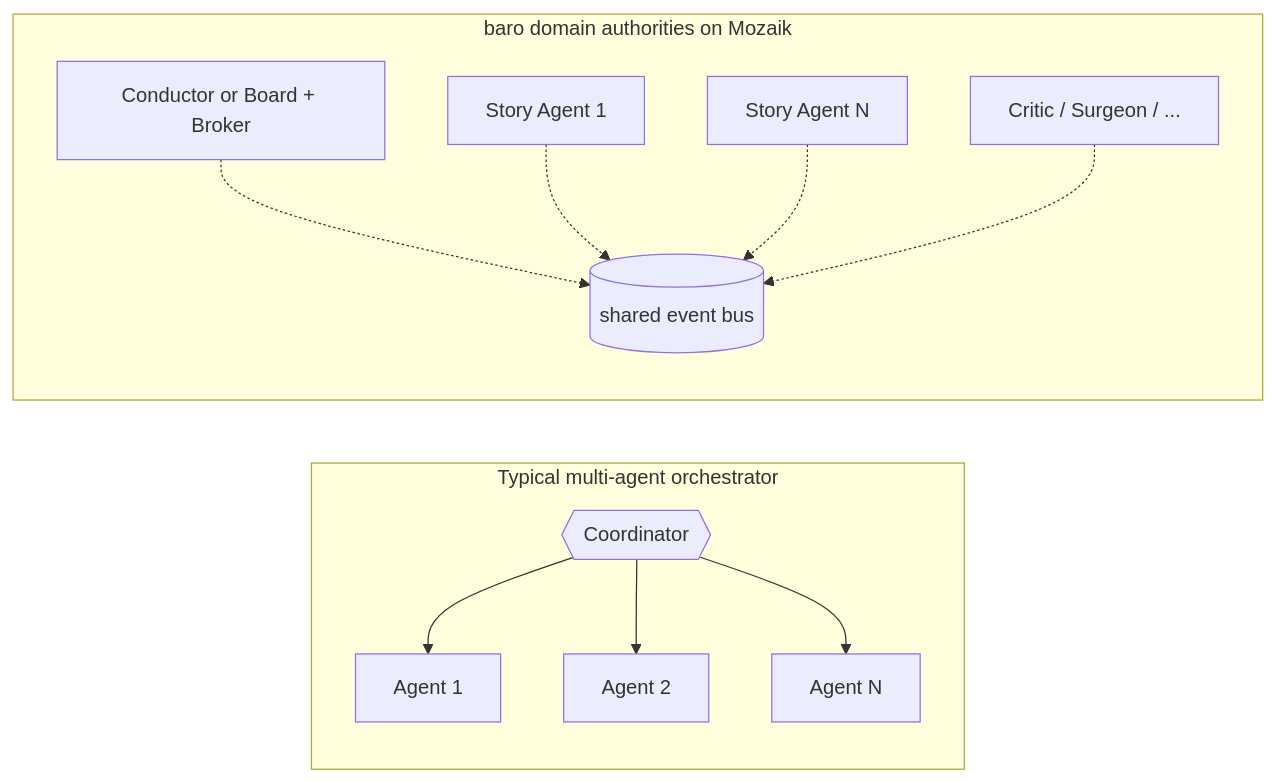
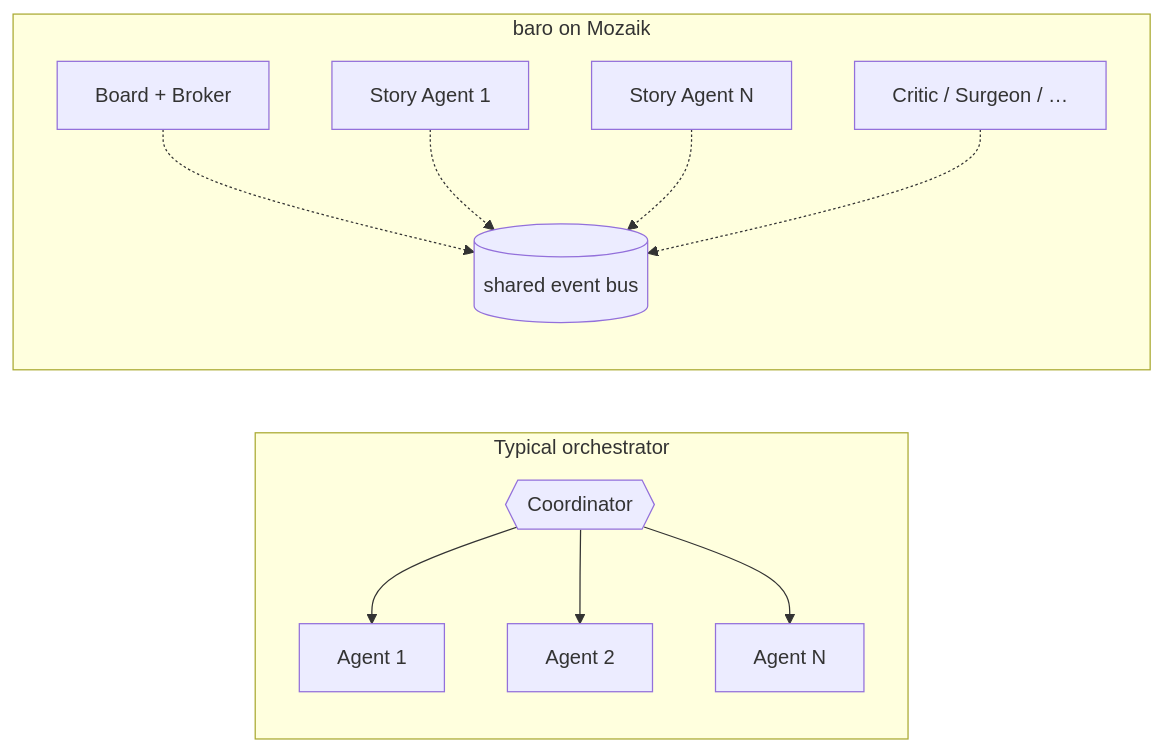
One commit to jigjoy-ai/baro changed the second of 2 diagrams in README.md. Above: the diagram before and after it, drawn with Mermaid. The commit also changed other lines of this file, not shown here.

````diff
--- a/README.md
+++ b/README.md
@@ -316,18 +154,18 @@
 ```mermaid
 flowchart LR
-    subgraph A["Typical multi-agent orchestrator"]
+    subgraph A["Typical orchestrator"]
         direction TB
         C{{Coordinator}}
         C --> A1[Agent 1]
         C --> A2[Agent 2]
         C --> A3[Agent N]
     end
-    subgraph B["baro domain authorities on Mozaik"]
+    subgraph B["baro on Mozaik"]
         direction TB
         Bus[(shared event bus)]
-        P1[Conductor or Board + Broker] -.-> Bus
+        P1[Board + Broker] -.-> Bus
         P2[Story Agent 1] -.-> Bus
         P3[Story Agent N] -.-> Bus
-        P4[Critic / Surgeon / ...] -.-> Bus
+        P4[Critic / Surgeon / …] -.-> Bus
     end
 ```
````
